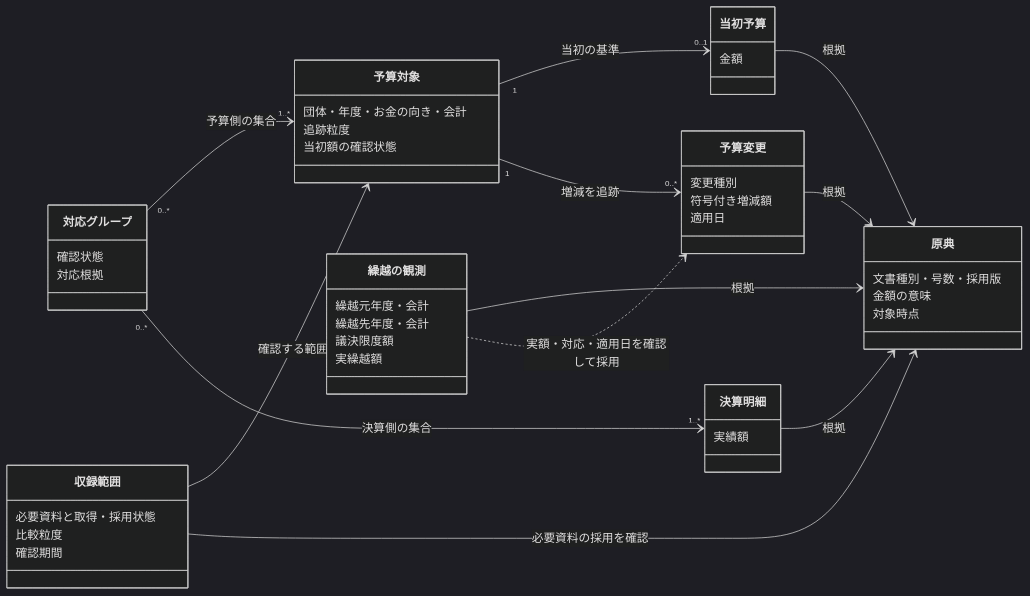
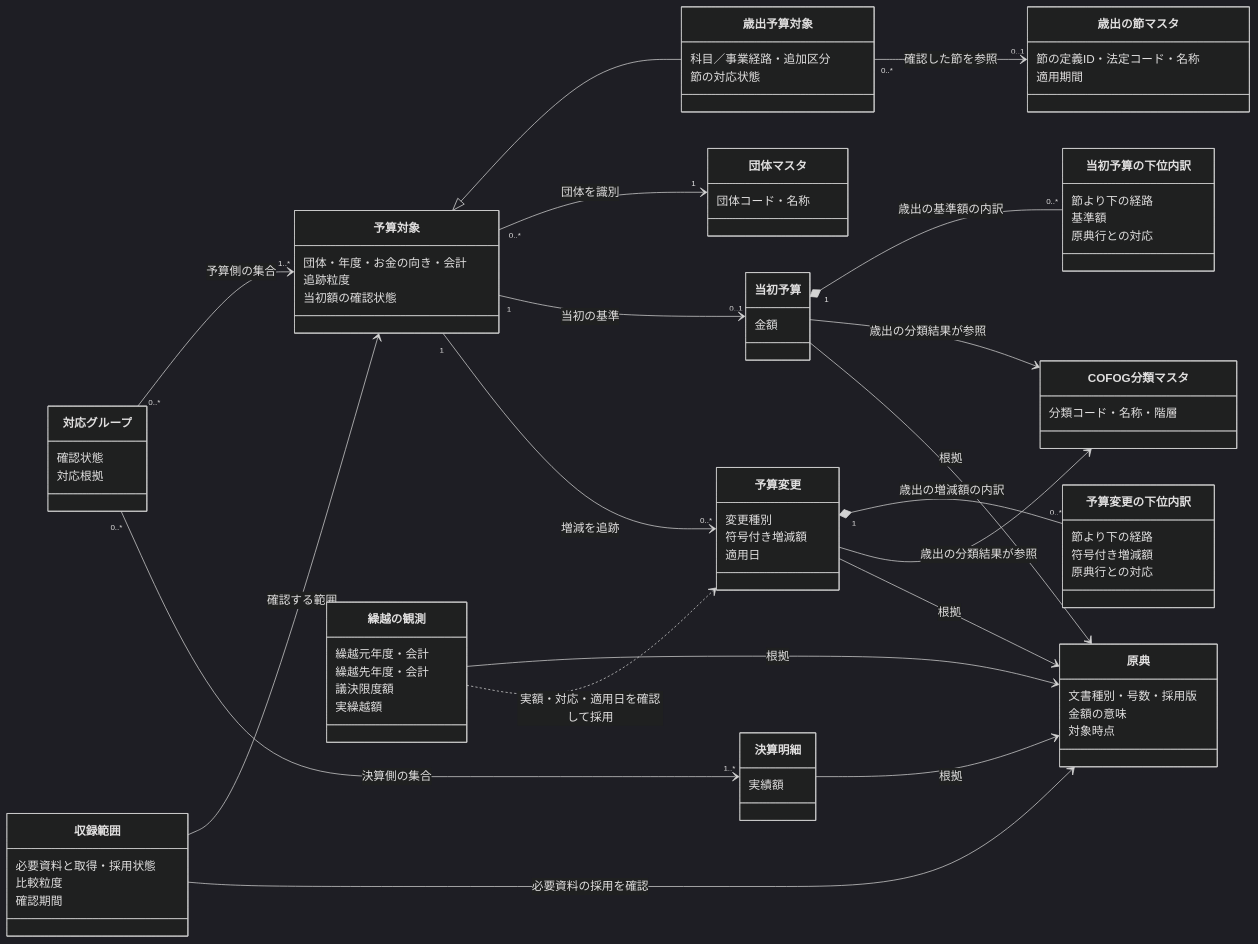
The second of 2 diagrams in docs/prd/fiscal-budget-history/prd.md (wwwyo/fudoki), drawn with Mermaid (dark theme) before and after one commit. The commit also changed other lines of this file and 3 other files, not shown here.

```diff
--- a/docs/prd/fiscal-budget-history/prd.md
+++ b/docs/prd/fiscal-budget-history/prd.md
@@ -68,6 +68,30 @@
         団体・年度・お金の向き・会計
         追跡粒度
         当初額の確認状態
+    }
+    class ExpenditureBudgetItem["歳出予算対象"] {
+        科目／事業経路・追加区分
+        節の対応状態
+    }
+    class JurisdictionMaster["団体マスタ"] {
+        団体コード・名称
+    }
+    class ExpenditureSetsuMaster["歳出の節マスタ"] {
+        節の定義ID・法定コード・名称
+        適用期間
+    }
+    class CofogMaster["COFOG分類マスタ"] {
+        分類コード・名称・階層
+    }
+    class InitialBudgetDetail["当初予算の下位内訳"] {
+        節より下の経路
+        基準額
+        原典行との対応
+    }
+    class BudgetChangeDetail["予算変更の下位内訳"] {
+        節より下の経路
+        符号付き増減額
+        原典行との対応
     }
     class InitialBudget["当初予算"] {
         金額
@@ -101,6 +125,13 @@
         実繰越額
     }
 
+    BudgetItem <|-- ExpenditureBudgetItem
+    BudgetItem "0..*" --> "1" JurisdictionMaster : 団体を識別
+    ExpenditureBudgetItem "0..*" --> "0..1" ExpenditureSetsuMaster : 確認した節を参照
+    InitialBudget "1" *-- "0..*" InitialBudgetDetail : 歳出の基準額の内訳
+    BudgetChange "1" *-- "0..*" BudgetChangeDetail : 歳出の増減額の内訳
+    InitialBudget --> CofogMaster : 歳出の分類結果が参照
+    BudgetChange --> CofogMaster : 歳出の分類結果が参照
     BudgetItem "1" --> "0..1" InitialBudget : 当初の基準
     BudgetItem "1" --> "0..*" BudgetChange : 増減を追跡
     InitialBudget --> Origin : 根拠
```
